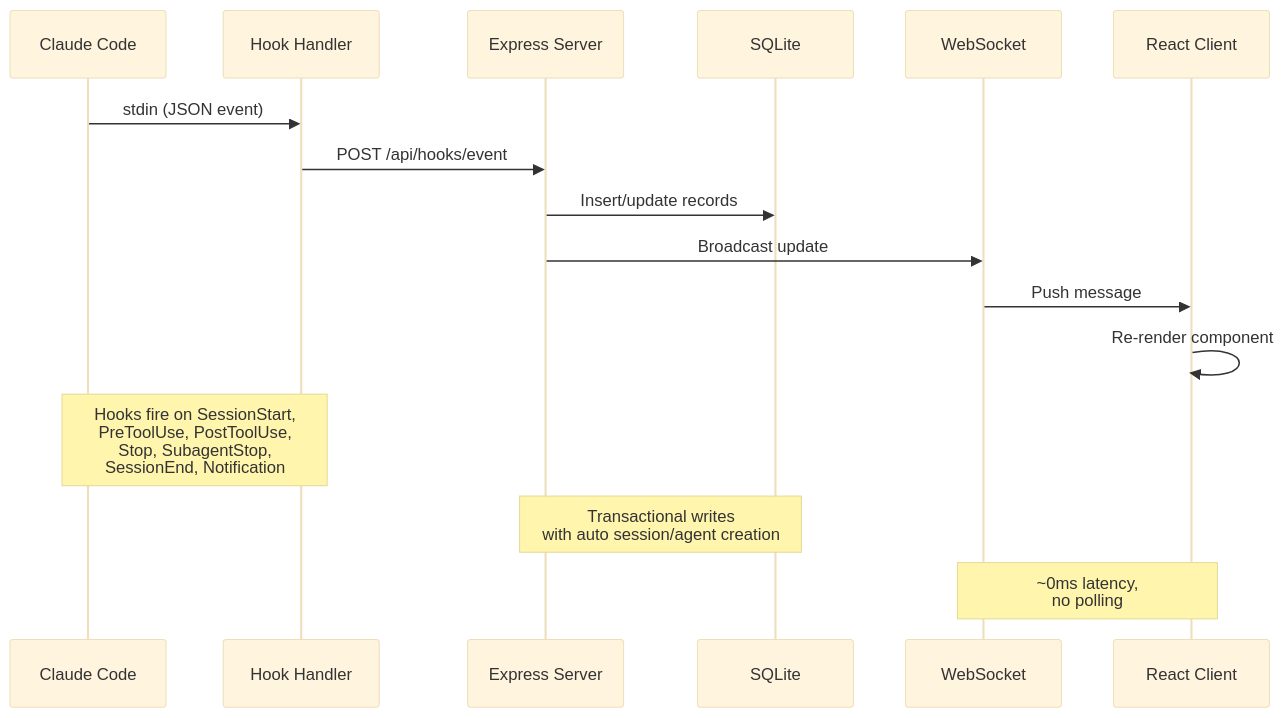
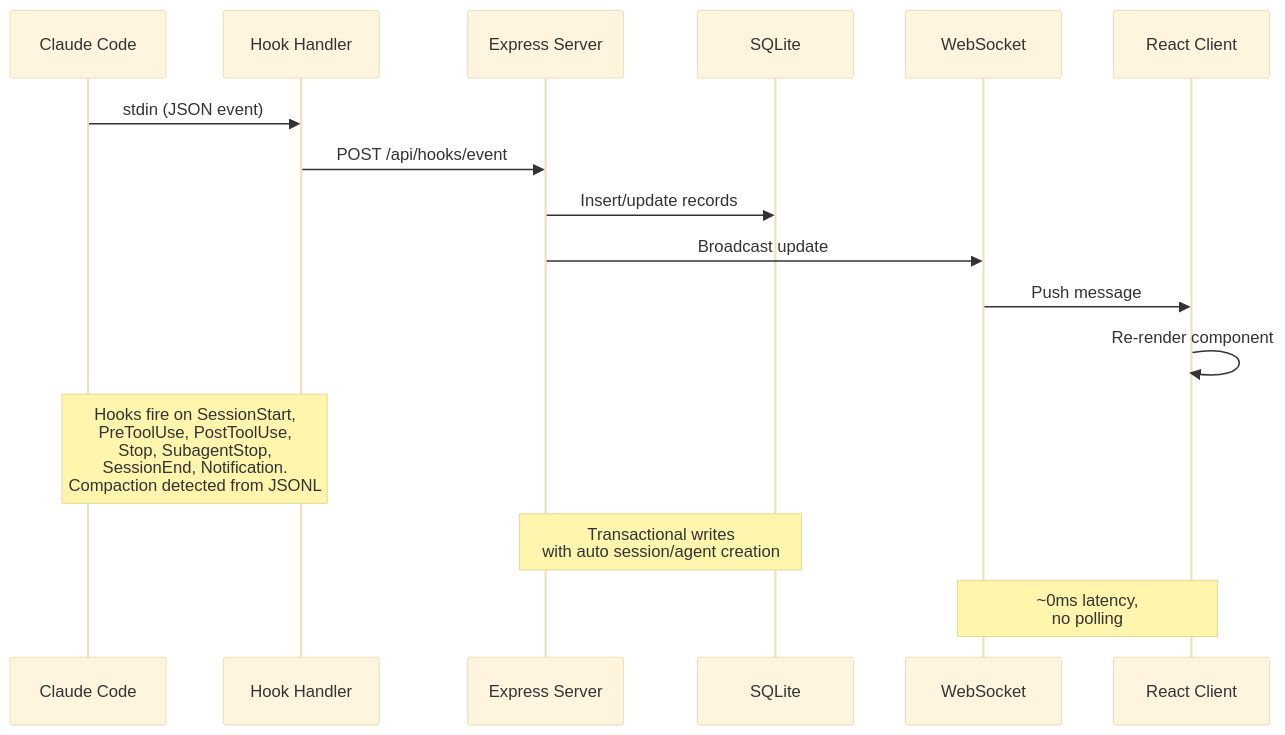
One commit to mirkanu/gsd-dashboard changed the second of 11 diagrams in README.md. Above: the diagram before and after it, drawn with Mermaid (base theme). The commit also changed other lines of this file and 11 other files, not shown here.

````diff
--- a/README.md
+++ b/README.md
@@ -259,20 +260,20 @@
 ```mermaid
 sequenceDiagram
     participant CC as Claude Code
     participant HH as Hook Handler
     participant API as Express Server
     participant DB as SQLite
     participant WS as WebSocket
     participant UI as React Client
 
     CC->>HH: stdin (JSON event)
     HH->>API: POST /api/hooks/event
     API->>DB: Insert/update records
     API->>WS: Broadcast update
     WS->>UI: Push message
     UI->>UI: Re-render component
 
-    Note over CC,HH: Hooks fire on SessionStart,<br/>PreToolUse, PostToolUse,<br/>Stop, SubagentStop,<br/>SessionEnd, Notification
+    Note over CC,HH: Hooks fire on SessionStart,<br/>PreToolUse, PostToolUse,<br/>Stop, SubagentStop,<br/>SessionEnd, Notification.<br/>Compaction detected from JSONL
     Note over API,DB: Transactional writes<br/>with auto session/agent creation
     Note over WS,UI: ~0ms latency,<br/>no polling
 ```
````
